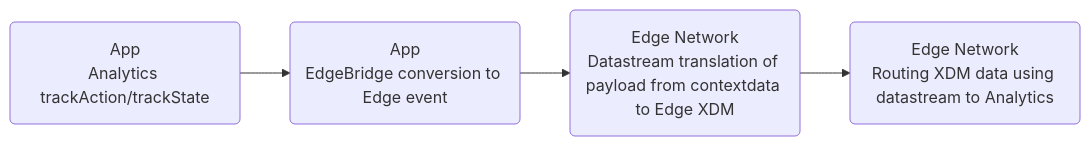
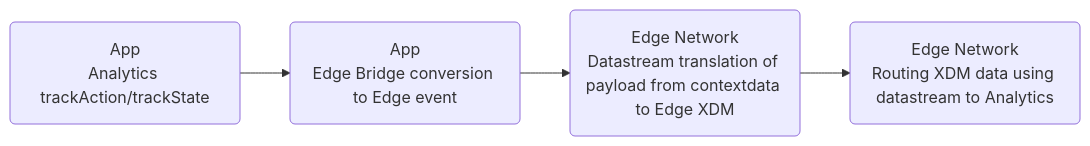
Before and after one commit to adobe/aepsdk-edgebridge-ios: the second of 2 diagrams in Documentation/tutorials/edge-bridge-tutorial.md, drawn with Mermaid. The commit also changed other lines of this file and 6 other files, not shown here.

Commit message:
Update tutorial apps to include EdgeBridge

````diff
--- a/Documentation/tutorials/edge-bridge-tutorial.md
+++ b/Documentation/tutorials/edge-bridge-tutorial.md
@@ -462,4 +403,4 @@
 ```mermaid
 graph LR;
-    step1(App<br/>Analytics trackAction/trackState) --> step2(App<br/>EdgeBridge conversion to Edge event) --> step3(Edge Network<br/>Datastream translation of payload from contextdata to Edge XDM) --> step4(Edge Network<br/>Routing XDM data using datastream to Analytics);
+    step1(App<br/>Analytics trackAction/trackState) --> step2(App<br/>Edge Bridge conversion to Edge event) --> step3(Edge Network<br/>Datastream translation of payload from contextdata to Edge XDM) --> step4(Edge Network<br/>Routing XDM data using datastream to Analytics);
 ```
````
